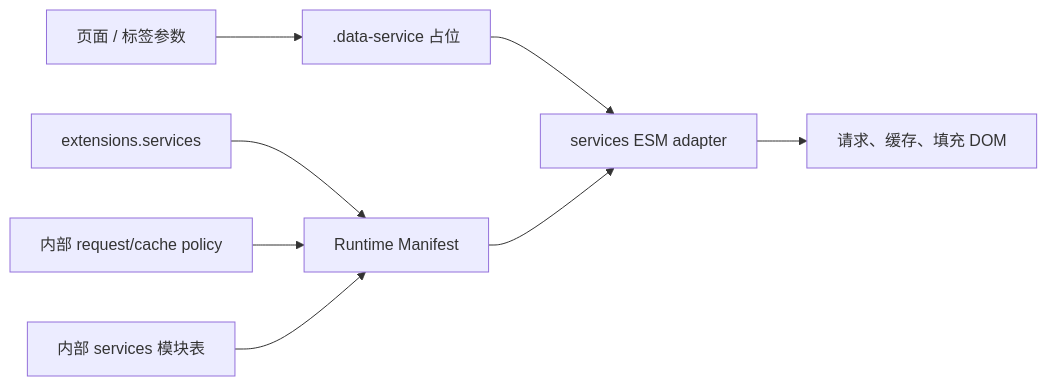
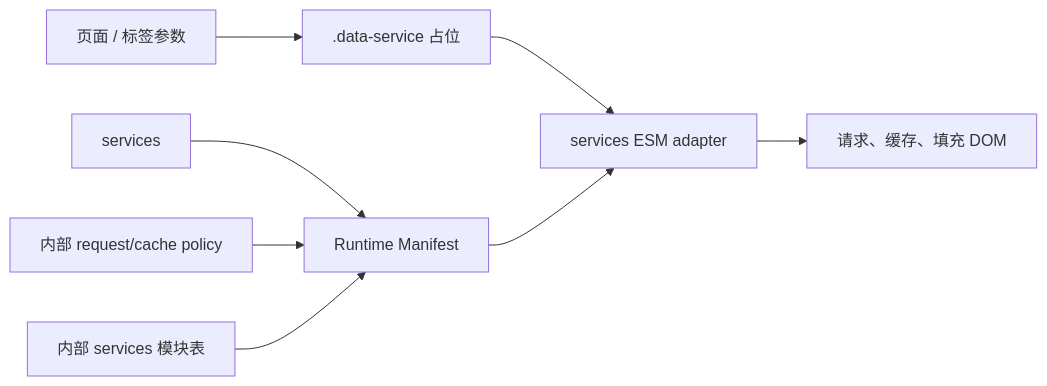
One commit to xaoxuu/hexo-theme-stellar changed the diagram in docs/knowledge/06-数据服务与组件/data-widgets-overview.md. Above: the diagram before and after it, drawn with Mermaid. The commit also changed other lines of this file and 42 other files, not shown here.

````diff
--- a/docs/knowledge/06-数据服务与组件/data-widgets-overview.md
+++ b/docs/knowledge/06-数据服务与组件/data-widgets-overview.md
@@ -14,10 +14,10 @@
 ```mermaid
 flowchart LR
   INPUT["页面 / 标签参数"] --> PLACEHOLDER[".data-service 占位"]
-  CONFIG["extensions.services"] --> CONTEXT["Runtime Manifest"]
+  CONFIG["services"] --> CONTEXT["Runtime Manifest"]
   POLICY["内部 request/cache policy"] --> CONTEXT
   ASSETS["内部 services 模块表"] --> CONTEXT
   PLACEHOLDER --> RUNTIME["services ESM adapter"]
   CONTEXT --> RUNTIME
   RUNTIME --> OUTPUT["请求、缓存、填充 DOM"]
 ```
````
